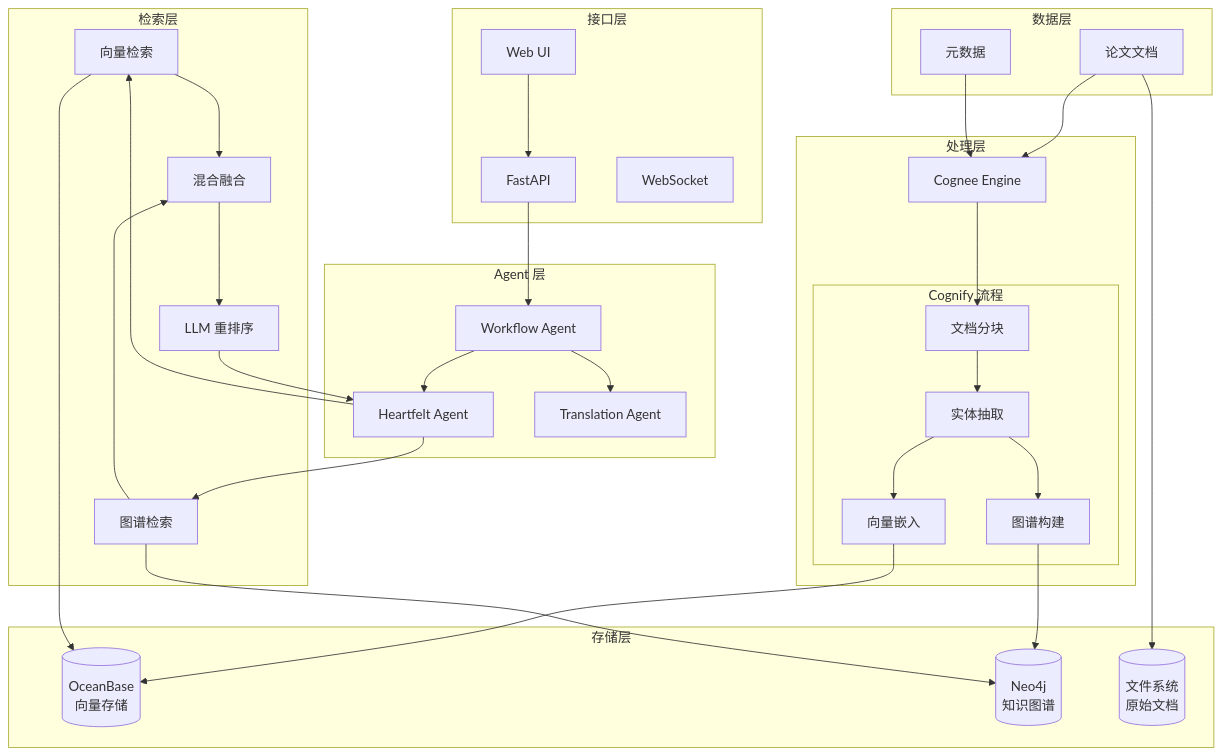
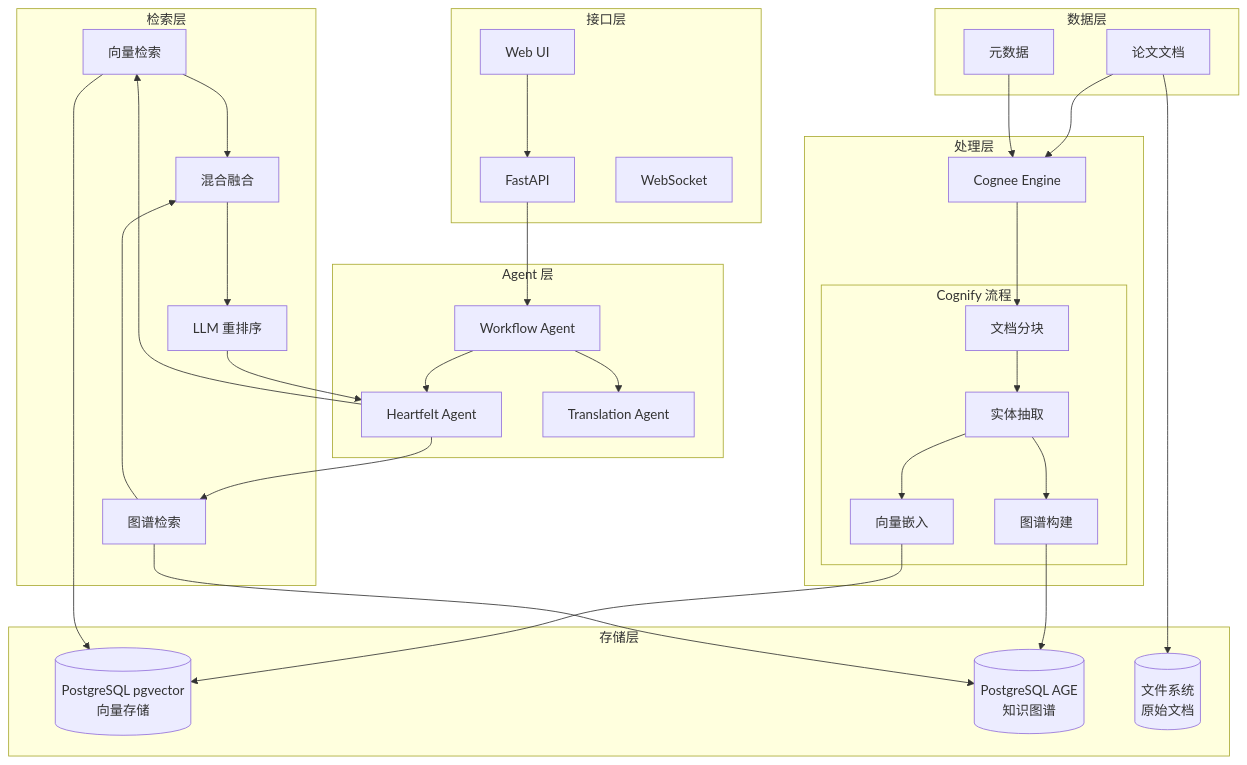
Before and after one commit to ThreeFish-AI/negentropy: diagram 20 of 22 in docs/research/000-cognitive-enhancement.md, drawn with Mermaid. The commit also changed other lines of this file, not shown here.

````diff
--- a/docs/research/000-cognitive-enhancement.md
+++ b/docs/research/000-cognitive-enhancement.md
@@ -1379,62 +1379,62 @@
 ```mermaid
 flowchart TB
     subgraph 数据层
         Papers[论文文档]
         Metadata[元数据]
     end
 
     subgraph 处理层
         Cognee[Cognee Engine]
 
         subgraph Cognify 流程
             Chunk[文档分块]
             Extract[实体抽取]
             Embed[向量嵌入]
             Graph[图谱构建]
         end
     end
 
     subgraph 存储层
-        OB[(OceanBase<br/>向量存储)]
-        Neo[(Neo4j<br/>知识图谱)]
+        OB[(PostgreSQL pgvector<br/>向量存储)]
+        Neo[(PostgreSQL AGE<br/>知识图谱)]
         FS[(文件系统<br/>原始文档)]
     end
 
     subgraph 检索层
         VSearch[向量检索]
         GSearch[图谱检索]
         Hybrid[混合融合]
         Rerank[LLM 重排序]
     end
 
     subgraph Agent 层
         WA[Workflow Agent]
         HA[Heartfelt Agent]
         TA[Translation Agent]
     end
 
     subgraph 接口层
         API[FastAPI]
         WS[WebSocket]
         UI[Web UI]
     end
 
     Papers --> Cognee
     Metadata --> Cognee
     Cognee --> Chunk --> Extract --> Embed --> OB
     Extract --> Graph --> Neo
     Papers --> FS
 
     UI --> API
     API --> WA
     WA --> HA
     WA --> TA
     HA --> VSearch
     HA --> GSearch
     VSearch --> OB
     GSearch --> Neo
     VSearch --> Hybrid
     GSearch --> Hybrid
     Hybrid --> Rerank
     Rerank --> HA
 ```
````
